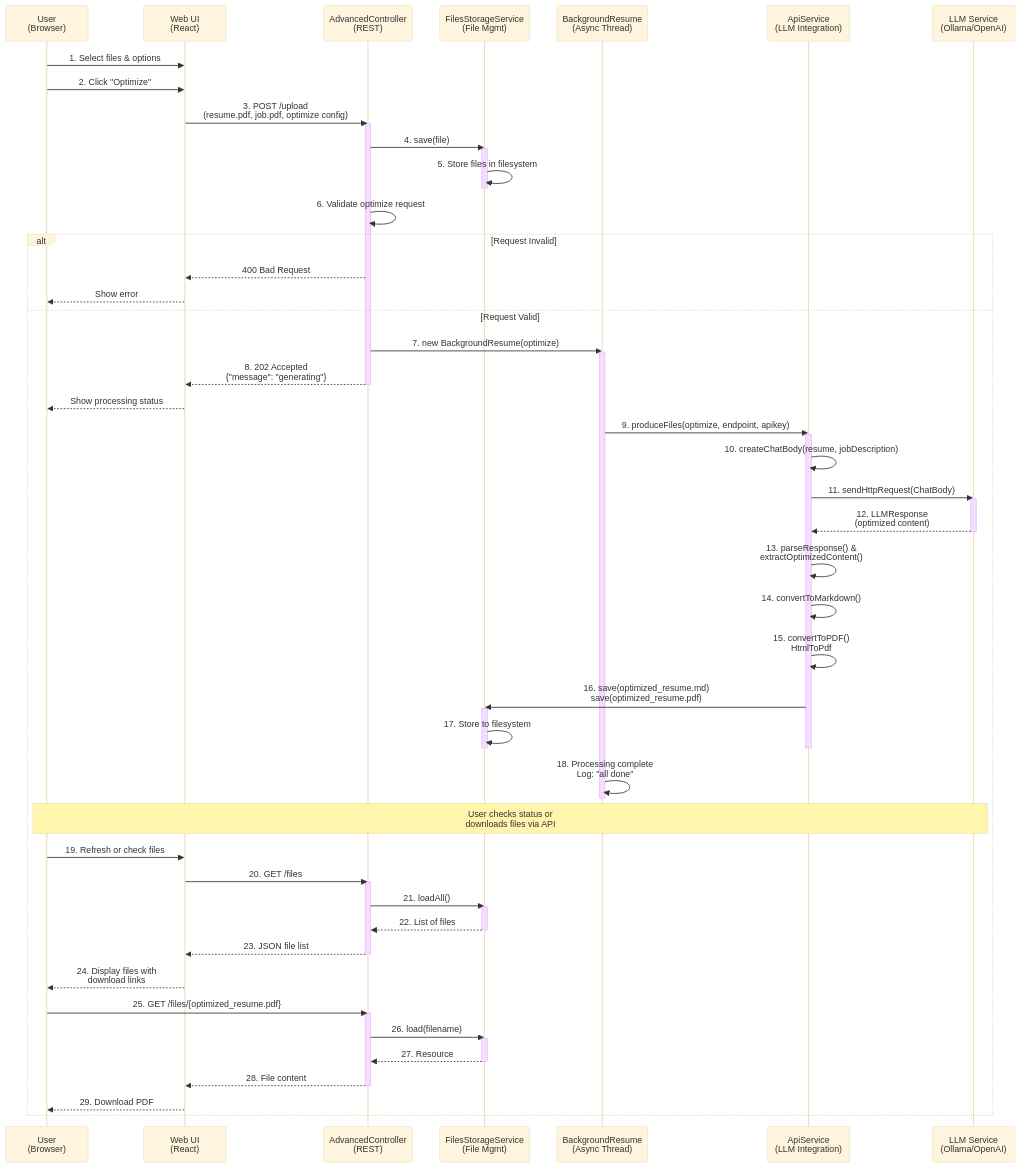
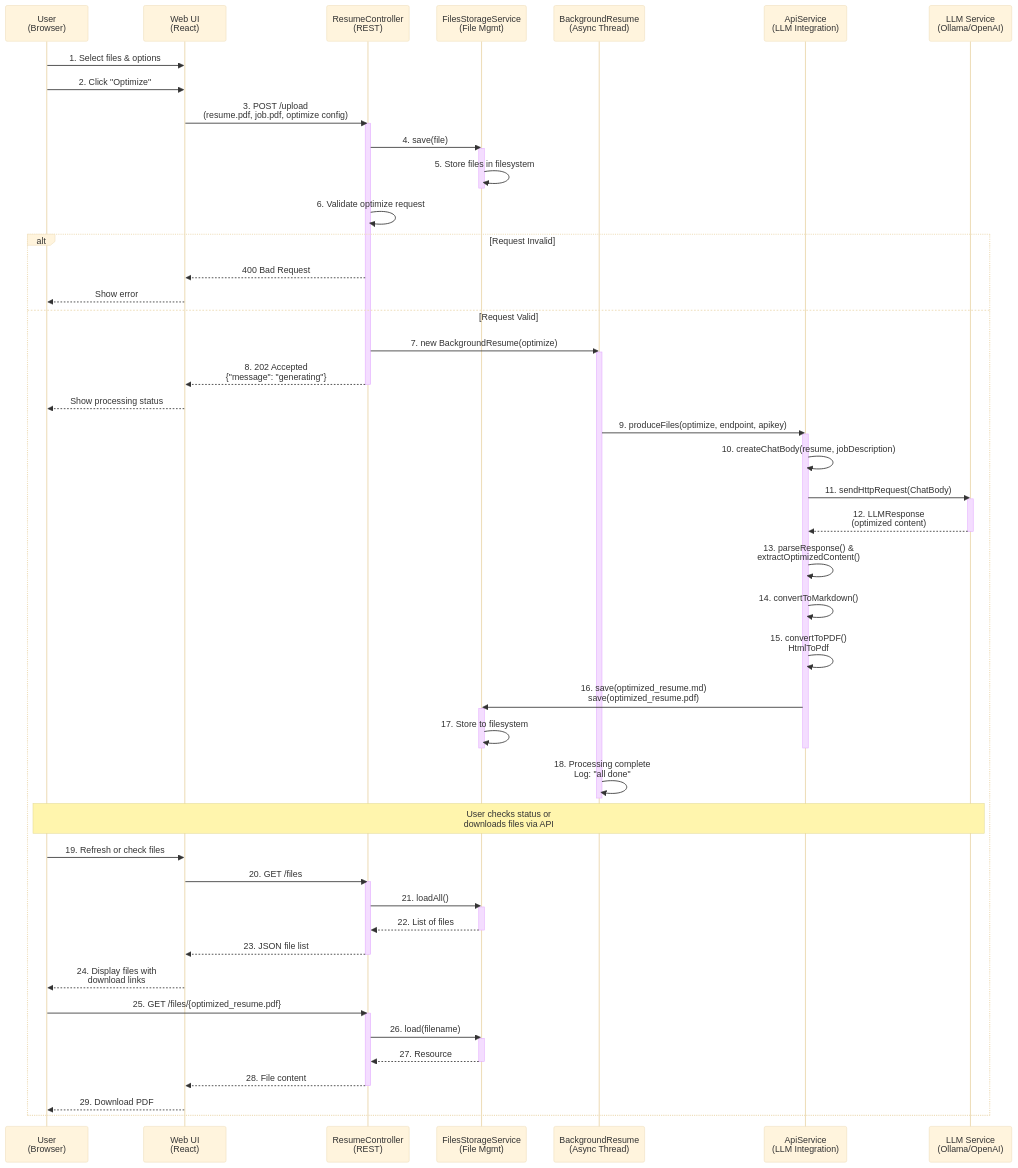
The second of 11 diagrams in docs/Architecture.md (pbaletkeman/java-resumes), drawn with Mermaid (base theme) before and after one commit. The commit also changed other lines of this file and 26 other files, not shown here.

```diff
--- a/docs/Architecture.md
+++ b/docs/Architecture.md
@@ -62,7 +62,7 @@
 sequenceDiagram
     participant User as User<br/>(Browser)
     participant UI as Web UI<br/>(React)
-    participant API as AdvancedController<br/>(REST)
+    participant API as ResumeController<br/>(REST)
     participant Service as FilesStorageService<br/>(File Mgmt)
     participant BG as BackgroundResume<br/>(Async Thread)
     participant LLM as ApiService<br/>(LLM Integration)
```
